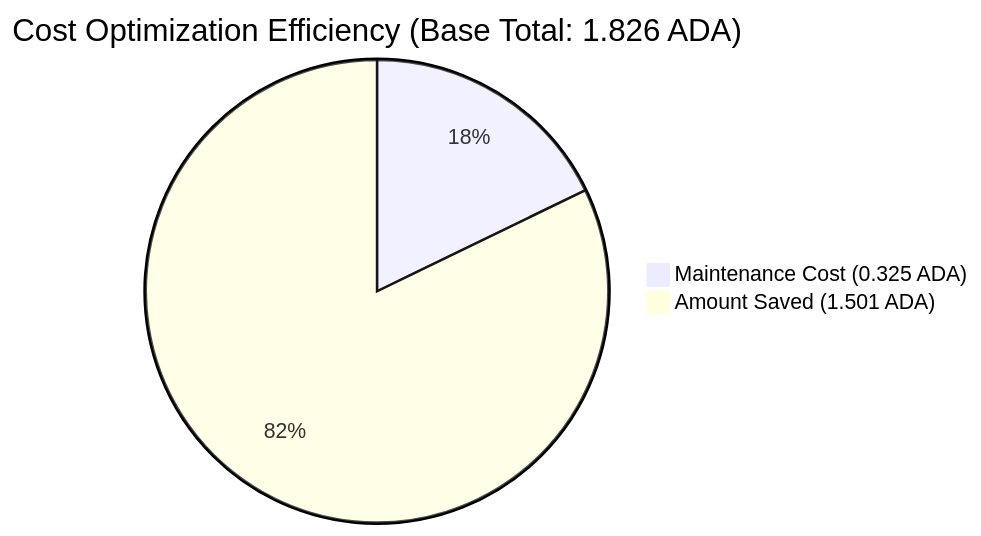
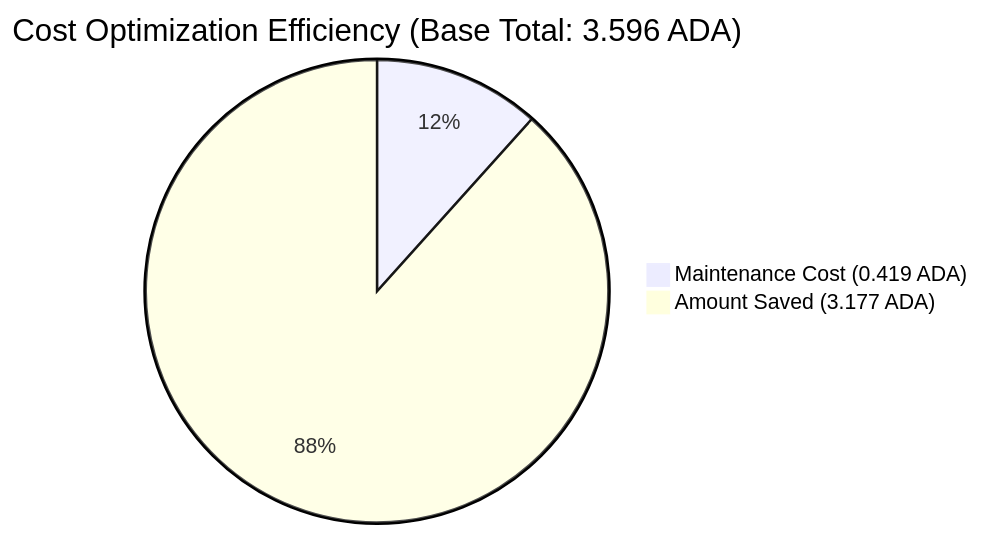
The first of 2 diagrams in report/4_1_Onchain_Cost_Optimization.md (ducnx-icheck/cardano-anti-counterfeit-system), drawn with Mermaid before and after one commit. The commit also changed other lines of this file and 1 other file, not shown here.

````diff
--- a/report/4_1_Onchain_Cost_Optimization.md
+++ b/report/4_1_Onchain_Cost_Optimization.md
@@ -41,5 +58,5 @@
 ```mermaid
-pie title Cost Optimization Efficiency (Base Total: 1.826 ADA)
-    "Maintenance Cost (0.325 ADA)" : 17.81
-    "Amount Saved (1.501 ADA)" : 82.19
+pie title Cost Optimization Efficiency (Base Total: 3.596 ADA)
+    "Maintenance Cost (0.419 ADA)" : 11.65
+    "Amount Saved (3.177 ADA)" : 88.35
 ```
````
